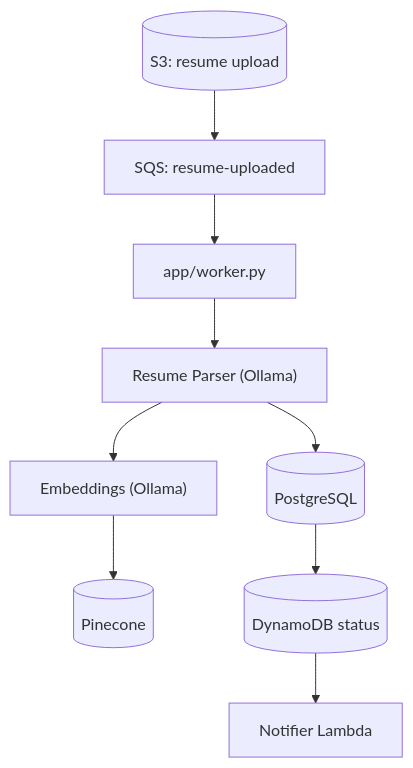
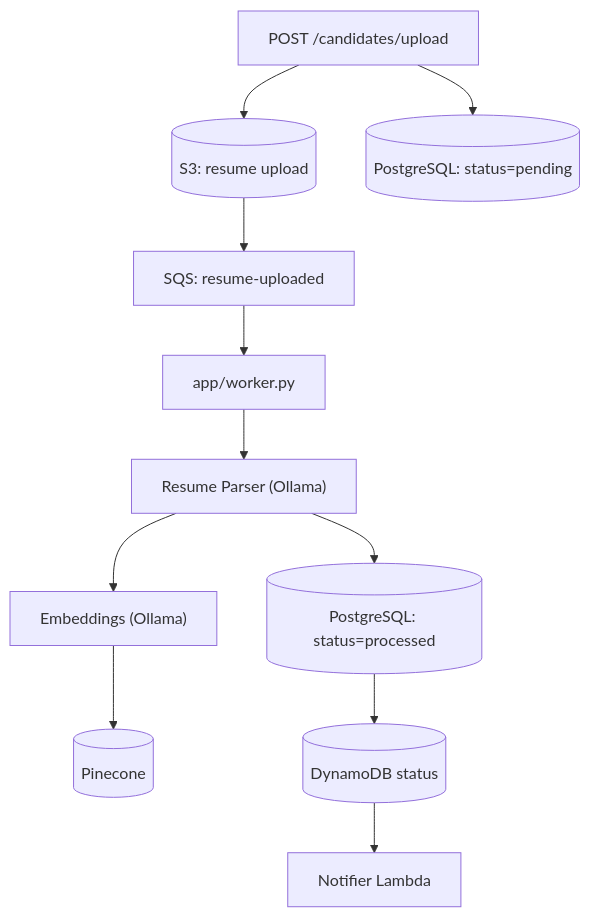
Before and after one commit to LakshyaTecno/resume-screening-service: the first of 2 diagrams in README.md, drawn with Mermaid. The commit also changed other lines of this file and 15 other files, not shown here.

````diff
--- a/README.md
+++ b/README.md
@@ -20,11 +28,13 @@
 ```mermaid
 flowchart TD
-    S3[(S3: resume upload)] --> SQS[SQS: resume-uploaded]
+    Upload["POST /candidates/upload"] --> S3[(S3: resume upload)]
+    Upload --> PGPending[(PostgreSQL: status=pending)]
+    S3 --> SQS[SQS: resume-uploaded]
     SQS --> Worker[app/worker.py]
     Worker --> Parser["Resume Parser (Ollama)"]
-    Parser --> PG[(PostgreSQL)]
+    Parser --> PG[(PostgreSQL: status=processed)]
     Parser --> Embed["Embeddings (Ollama)"]
     Embed --> PC[(Pinecone)]
     PG --> DDB[(DynamoDB status)]
     DDB --> Lambda[Notifier Lambda]
 ```
````
